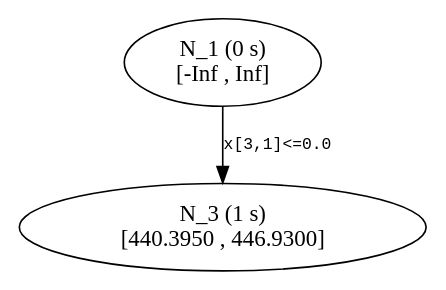
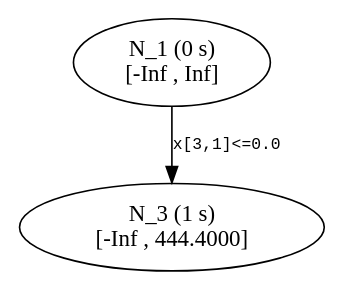
The diagram in dev/start/tree2.dot (atoptima/Coluna.jl), drawn with Graphviz before and after one commit. The commit also changed 16 other files, not shown here.

```diff
--- a/dev/start/tree2.dot
+++ b/dev/start/tree2.dot
@@ -1,8 +1,8 @@
 ## dot -Tpdf thisfile > thisfile.pdf 
 
 digraph Branching_Tree {
 	edge[fontname = "Courier", fontsize = 10];
 	n1 [label= "N_1 (0 s) \n[-Inf , Inf]"];
-	n3 [label= "N_3 (1 s) \n[440.3950 , 446.9300]"];
+	n3 [label= "N_3 (1 s) \n[-Inf , 444.4000]"];
 	n1 -> n3 [label= "x[3,1]<=0.0"];
 }
```
